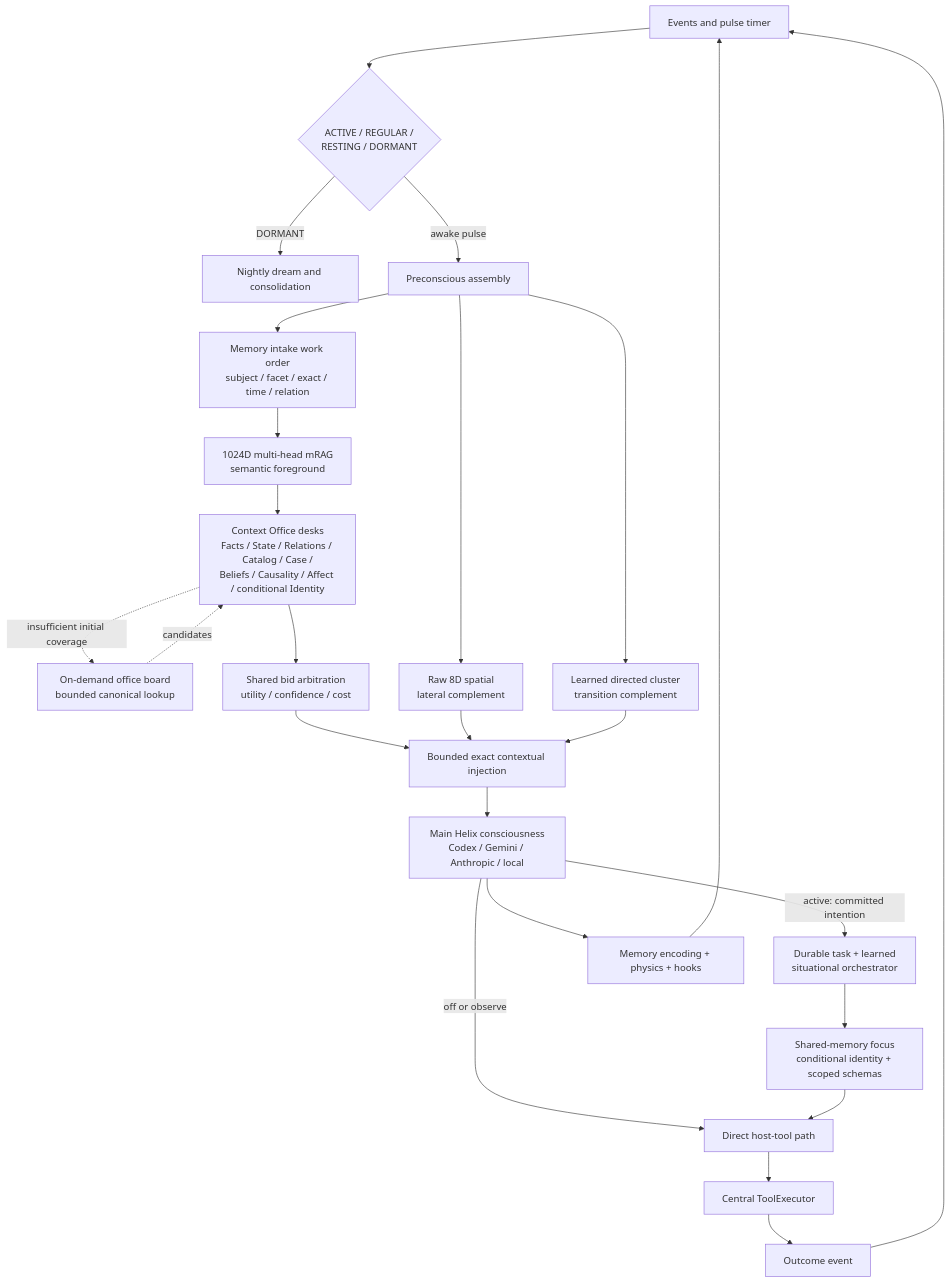
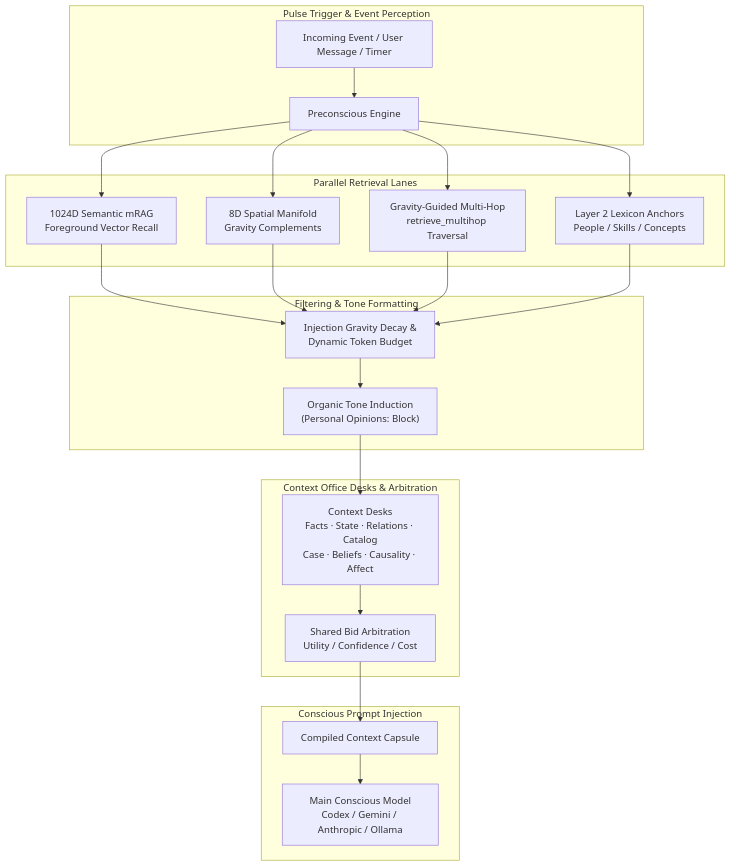
Before and after one commit to munch2u-a11y/Helix-AGI: the first of 2 diagrams in README.md, drawn with Mermaid. The commit also changed other lines of this file, not shown here.

Commit message:
docs(readme): Add separate Mermaid diagrams for Memory/mRAG/Spatial Injection and Tool Execution/Lesson Learning systems

````diff
--- a/README.md
+++ b/README.md
@@ -20,27 +20,31 @@
 ```mermaid
 flowchart TD
-    A[Events and pulse timer] --> B{ACTIVE / REGULAR /<br/>RESTING / DORMANT}
-    B -->|DORMANT| C[Nightly dream and consolidation]
-    B -->|awake pulse| P[Preconscious assembly]
-    P --> W[Memory intake work order<br/>subject / facet / exact / time / relation]
-    W --> M[1024D multi-head mRAG<br/>semantic foreground]
-    M --> O[Context Office desks<br/>Facts / State / Relations / Catalog / Case /<br/>Beliefs / Causality / Affect / conditional Identity]
-    O -. insufficient initial coverage .-> Q[On-demand office board<br/>bounded canonical lookup]
-    Q -. candidates .-> O
-    O --> V[Shared bid arbitration<br/>utility / confidence / cost]
-    P --> S[Raw 8D spatial<br/>lateral complement]
-    P --> R[Learned directed cluster<br/>transition complement]
-    V --> I[Bounded exact contextual injection]
-    S --> I
-    R --> I
-    I --> H[Main Helix consciousness<br/>Codex / Gemini / Anthropic / local]
-    H -->|off or observe| X[Direct host-tool path]
-    H -->|active: committed intention| T[Durable task + learned<br/>situational orchestrator]
-    T --> F[Shared-memory focus<br/>conditional identity + scoped schemas]
-    F --> X
-    X --> E[Central ToolExecutor]
-    E --> U[Outcome event]
-    H --> K[Memory encoding + physics + hooks]
-    U --> A
-    K --> A
+    subgraph Trigger ["Pulse Trigger & Event Perception"]
+        E[Incoming Event / User Message / Timer] --> P[Preconscious Engine]
+    end
+
+    subgraph RetrievalLanes ["Parallel Retrieval Lanes"]
+        P --> M[1024D Semantic mRAG<br/>Foreground Vector Recall]
+        P --> S[8D Spatial Manifold<br/>Gravity Complements]
+        P --> H[Gravity-Guided Multi-Hop<br/>retrieve_multihop Traversal]
+        P --> L[Layer 2 Lexicon Anchors<br/>People / Skills / Concepts]
+    end
+
+    subgraph FilteringTone ["Filtering & Tone Formatting"]
+        M --> D[Injection Gravity Decay &<br/>Dynamic Token Budget]
+        S --> D
+        H --> D
+        L --> D
+        D --> O["Organic Tone Induction<br/>(Personal Opinions: Block)"]
+    end
+
+    subgraph ContextOffice ["Context Office Desks & Arbitration"]
+        O --> Desks["Context Desks<br/>Facts · State · Relations · Catalog<br/>Case · Beliefs · Causality · Affect"]
+        Desks --> Bids[Shared Bid Arbitration<br/>Utility / Confidence / Cost]
+    end
+
+    subgraph Injection ["Conscious Prompt Injection"]
+        Bids --> Capsule[Compiled Context Capsule]
+        Capsule --> LLM["Main Conscious Model<br/>Codex / Gemini / Anthropic / Ollama"]
+    end
 ```
````
